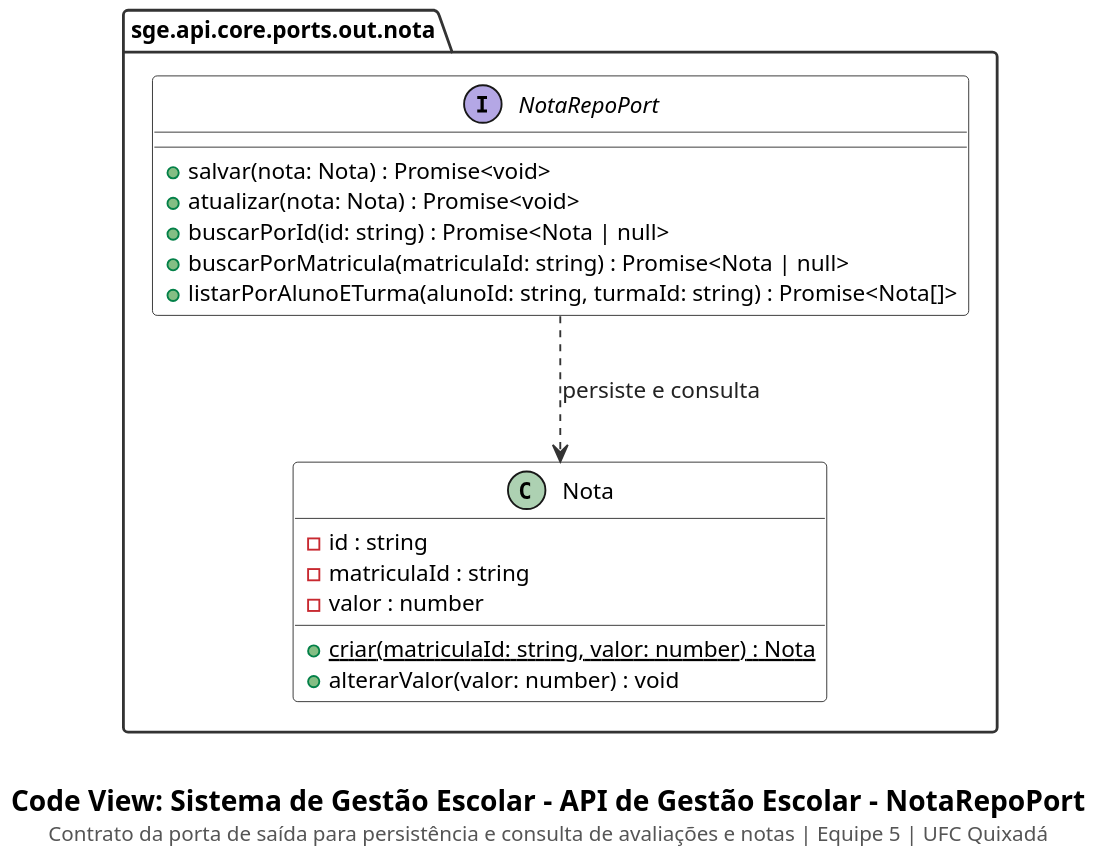
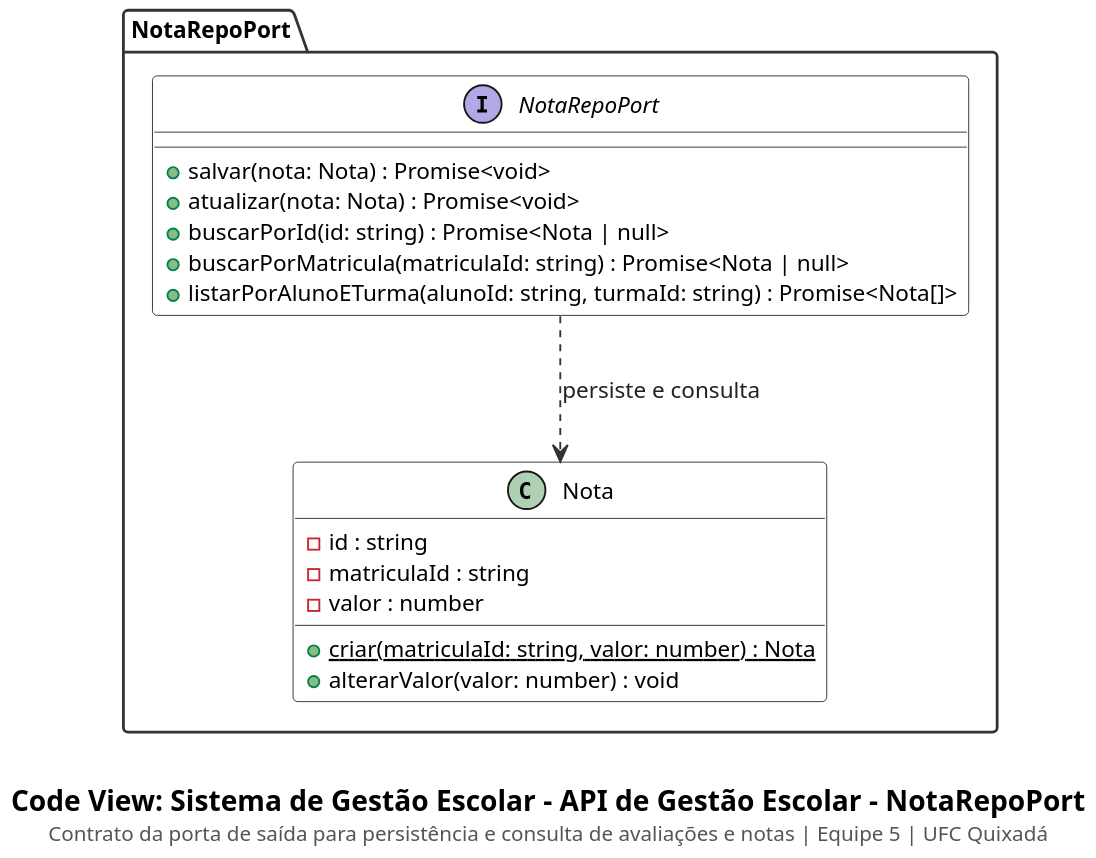
Before and after one commit to cicerocarnauba/sistema-gestao-escolar: the diagram in docs/code/nota-repo-port.puml, drawn with PlantUML. The commit also changed 14 other files, not shown here.

```diff
--- a/docs/code/nota-repo-port.puml
+++ b/docs/code/nota-repo-port.puml
@@ -1,42 +1,42 @@
 @startuml
 set separator none
 top to bottom direction
 skinparam backgroundColor #FFFFFF
 skinparam shadowing false
 skinparam dpi 180
 skinparam defaultFontName "SansSerif"
 skinparam defaultFontSize 12
 skinparam packageStyle folder
 skinparam packageBackgroundColor #FFFFFF
 skinparam packageBorderColor #333333
 skinparam packageFontStyle bold
 skinparam classBackgroundColor #FFFFFF
 skinparam classHeaderBackgroundColor #FFFFFF
 skinparam classBorderColor #333333
 skinparam arrowColor #333333
 skinparam arrowFontColor #222222
 skinparam noteBackgroundColor #FAFAFA
 skinparam noteBorderColor #666666
 
-package "sge.api.core.ports.out.nota" {
+package "NotaRepoPort" as pkg_nota_repo_port {
     interface NotaRepoPort {
         + salvar(nota: Nota) : Promise<void>
         + atualizar(nota: Nota) : Promise<void>
         + buscarPorId(id: string) : Promise<Nota | null>
         + buscarPorMatricula(matriculaId: string) : Promise<Nota | null>
         + listarPorAlunoETurma(alunoId: string, turmaId: string) : Promise<Nota[]>
     }
 
     class Nota {
         - id : string
         - matriculaId : string
         - valor : number
         + {static} criar(matriculaId: string, valor: number) : Nota
         + alterarValor(valor: number) : void
     }
 
     NotaRepoPort ..> Nota : persiste e consulta
 }
 
 caption \n<size:15><b>Code View: Sistema de Gestão Escolar - API de Gestão Escolar - NotaRepoPort</b></size>\n<size:11><color:#555555>Contrato da porta de saída para persistência e consulta de avaliações e notas | Equipe 5 | UFC Quixadá</color></size>
 @enduml
```
